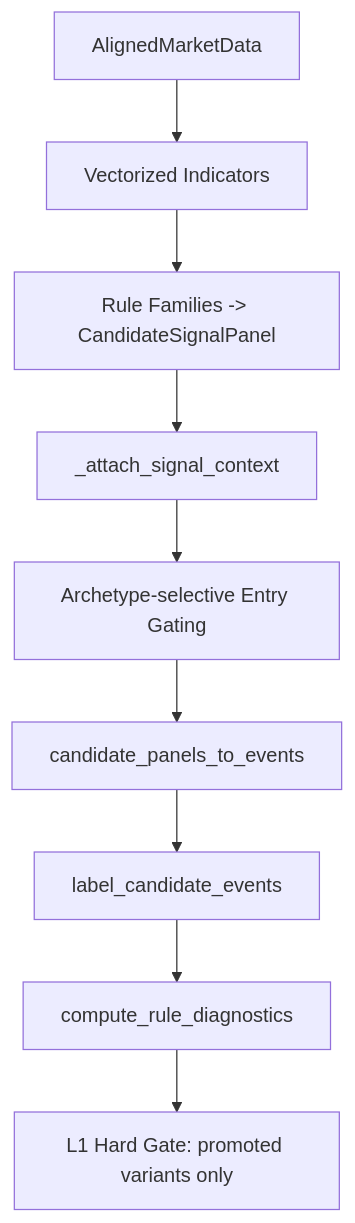
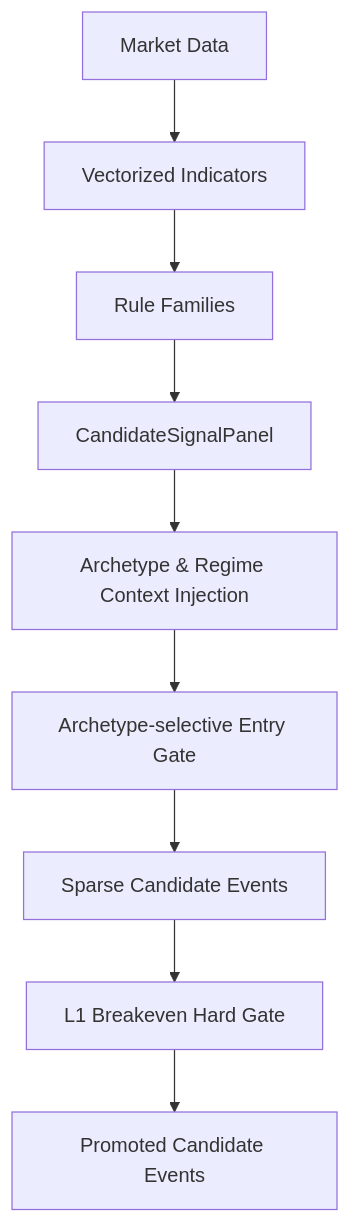
One commit to KTHYEONG/crypto-pilot changed the diagram in docs/architecture/signal.md. Above: the diagram before and after it, drawn with Mermaid. The commit also changed other lines of this file and 1 other file, not shown here.

First line of the commit message:
docs(architecture): 아키텍처 문서 포맷 고도화 (allocation, signal)

````diff
--- a/docs/architecture/signal.md
+++ b/docs/architecture/signal.md
@@ -43,11 +45,11 @@
 ```mermaid
 graph TD
-    A[AlignedMarketData] --> B[Vectorized Indicators]
-    B --> C[Rule Families -> CandidateSignalPanel]
-    C --> D[_attach_signal_context]
-    D --> E[Archetype-selective Entry Gating]
-    E --> F[candidate_panels_to_events]
-    F --> G[label_candidate_events]
-    G --> H[compute_rule_diagnostics]
-    H --> I[L1 Hard Gate: promoted variants only]
+    A[Market Data] --> B[Vectorized Indicators]
+    B --> C[Rule Families]
+    C --> D[CandidateSignalPanel]
+    D --> E[Archetype & Regime Context Injection]
+    E --> F[Archetype-selective Entry Gate]
+    F --> G[Sparse Candidate Events]
+    G --> H[L1 Breakeven Hard Gate]
+    H --> I[Promoted Candidate Events]
 ```
````
